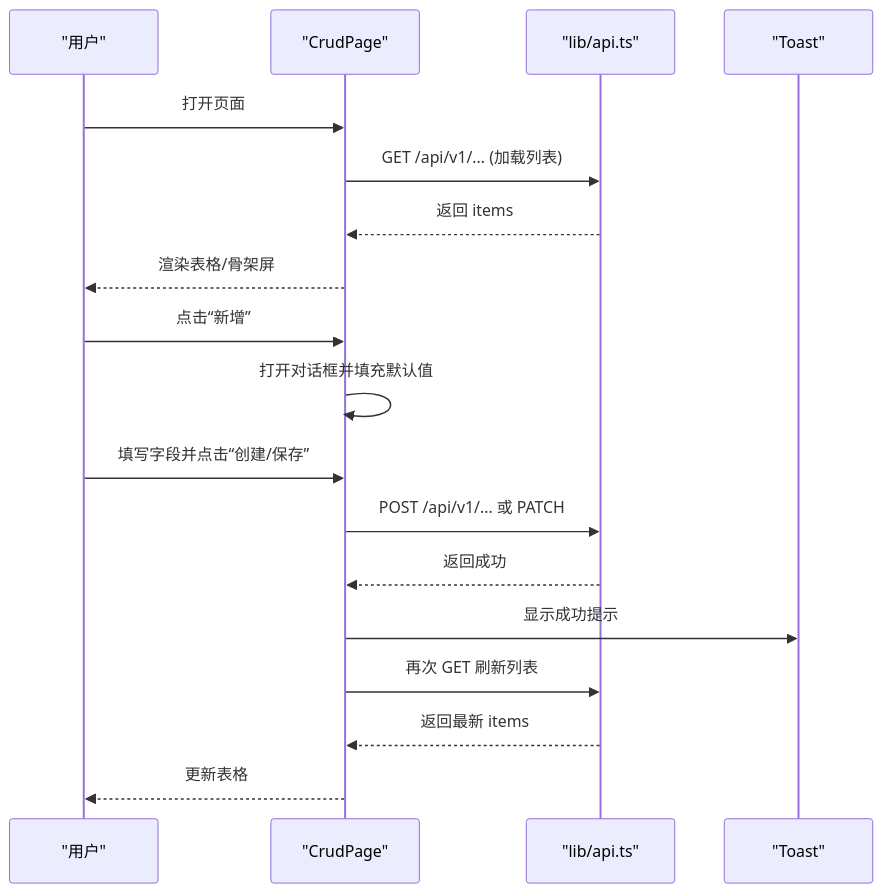
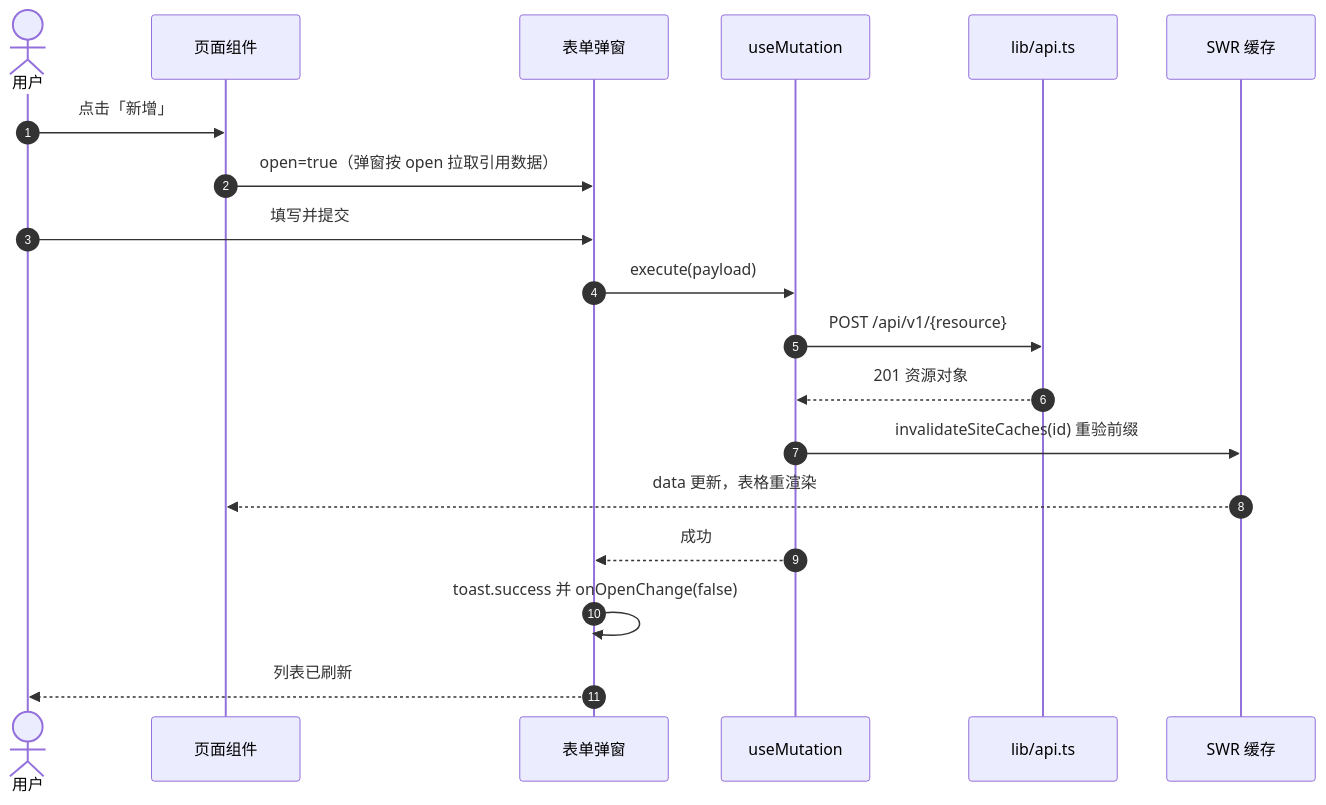
Before and after one commit to x01n/My-OpenWaf: the fourth of 9 diagrams in docs/前端管理界面/前端管理界面.md, drawn with Mermaid. The commit also changed other lines of this file and 622 other files, not shown here.

````diff
--- a/docs/前端管理界面/前端管理界面.md
+++ b/docs/前端管理界面/前端管理界面.md
@@ -208,20 +414,21 @@
 ```mermaid
 sequenceDiagram
-participant U as "用户"
-participant P as "CrudPage"
-participant API as "lib/api.ts"
-participant T as "Toast"
-U->>P : 打开页面
-P->>API : GET /api/v1/... (加载列表)
-API-->>P : 返回 items
-P-->>U : 渲染表格/骨架屏
-U->>P : 点击“新增”
-P->>P : 打开对话框并填充默认值
-U->>P : 填写字段并点击“创建/保存”
-P->>API : POST /api/v1/... 或 PATCH
-API-->>P : 返回成功
-P->>T : 显示成功提示
-P->>API : 再次 GET 刷新列表
-API-->>P : 返回最新 items
-P-->>U : 更新表格
+  autonumber
+  actor U as 用户
+  participant P as 页面组件
+  participant F as 表单弹窗
+  participant M as useMutation
+  participant A as lib/api.ts
+  participant S as SWR 缓存
+  U->>P: 点击「新增」
+  P->>F: open=true（弹窗按 open 拉取引用数据）
+  U->>F: 填写并提交
+  F->>M: execute(payload)
+  M->>A: POST /api/v1/{resource}
+  A-->>M: 201 资源对象
+  M->>S: invalidateSiteCaches(id) 重验前缀
+  S-->>P: data 更新，表格重渲染
+  M-->>F: 成功
+  F->>F: toast.success 并 onOpenChange(false)
+  F-->>U: 列表已刷新
 ```
````
